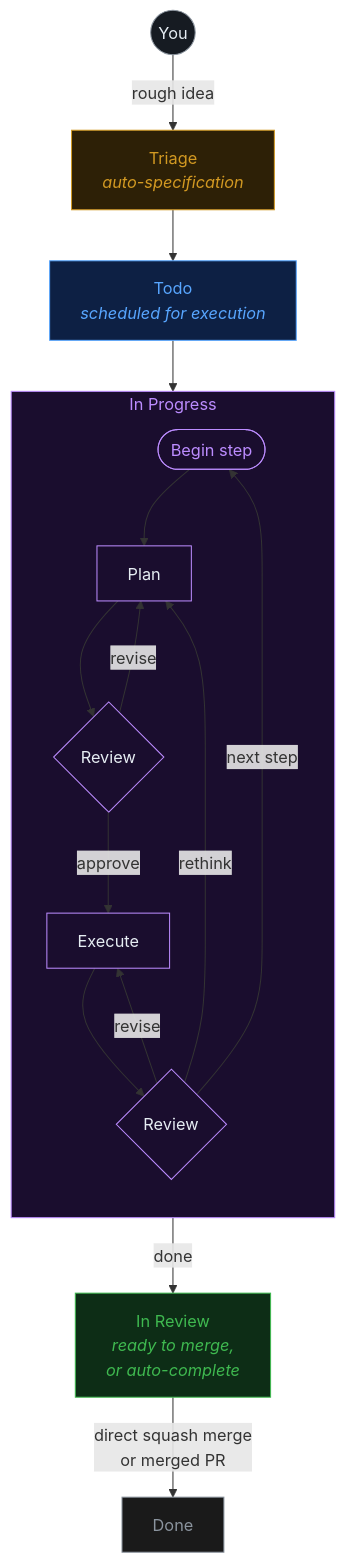
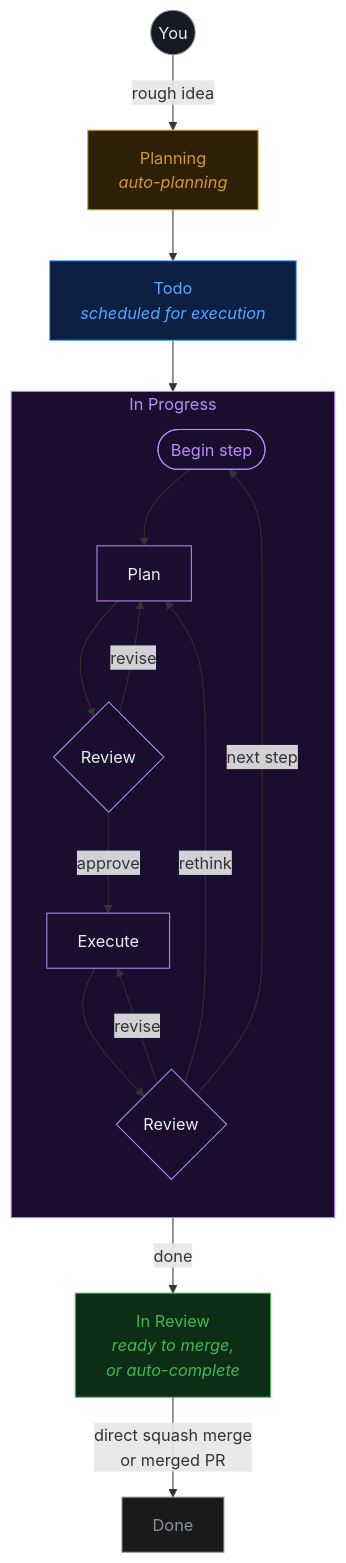
The diagram in README.md (Runfusion/Fusion), drawn with Mermaid before and after one commit. The commit also changed other lines of this file and 21 other files, not shown here.

````diff
--- a/README.md
+++ b/README.md
@@ -84,33 +84,33 @@
 ```mermaid
 graph TD
-    H((You)) -->|rough idea| T["Triage<br/><i>auto-specification</i>"]
+    H((You)) -->|rough idea| T["Planning<br/><i>auto-planning</i>"]
     T --> TD["Todo<br/><i>scheduled for execution</i>"]
     TD --> IP["In Progress<br/><i>for each step:<br/>plan, review, execute, review</i>"]
 
     subgraph IP["In Progress"]
         direction TD
         NS([Begin step]) --> P[Plan]
         P --> R1{Review}
         R1 -->|revise| P
         R1 -->|approve| E[Execute]
         E --> R2{Review}
         R2 -->|revise| E
         R2 -->|next step| NS
         R2 -->|rethink| P
     end
 
     R2 -->|done| IR["In Review<br/><i>ready to merge,<br/>or auto-complete</i>"]
     IR -->|direct squash merge<br/>or merged PR| D["Done"]
 
     style H fill:#161b22,stroke:#8b949e,color:#e6edf3
     style T fill:#2d2006,stroke:#d29922,color:#d29922
     style TD fill:#0d2044,stroke:#58a6ff,color:#58a6ff
     style IP fill:#1a0d2e,stroke:#bc8cff,color:#bc8cff
     style P fill:#1a0d2e,stroke:#bc8cff,color:#e6edf3
     style R1 fill:#1a0d2e,stroke:#bc8cff,color:#e6edf3
     style E fill:#1a0d2e,stroke:#bc8cff,color:#e6edf3
     style R2 fill:#1a0d2e,stroke:#bc8cff,color:#e6edf3
     style NS fill:#1a0d2e,stroke:#bc8cff,color:#bc8cff
     style IR fill:#0d2d16,stroke:#3fb950,color:#3fb950
     style D fill:#1a1a1a,stroke:#8b949e,color:#8b949e
 ```
````
